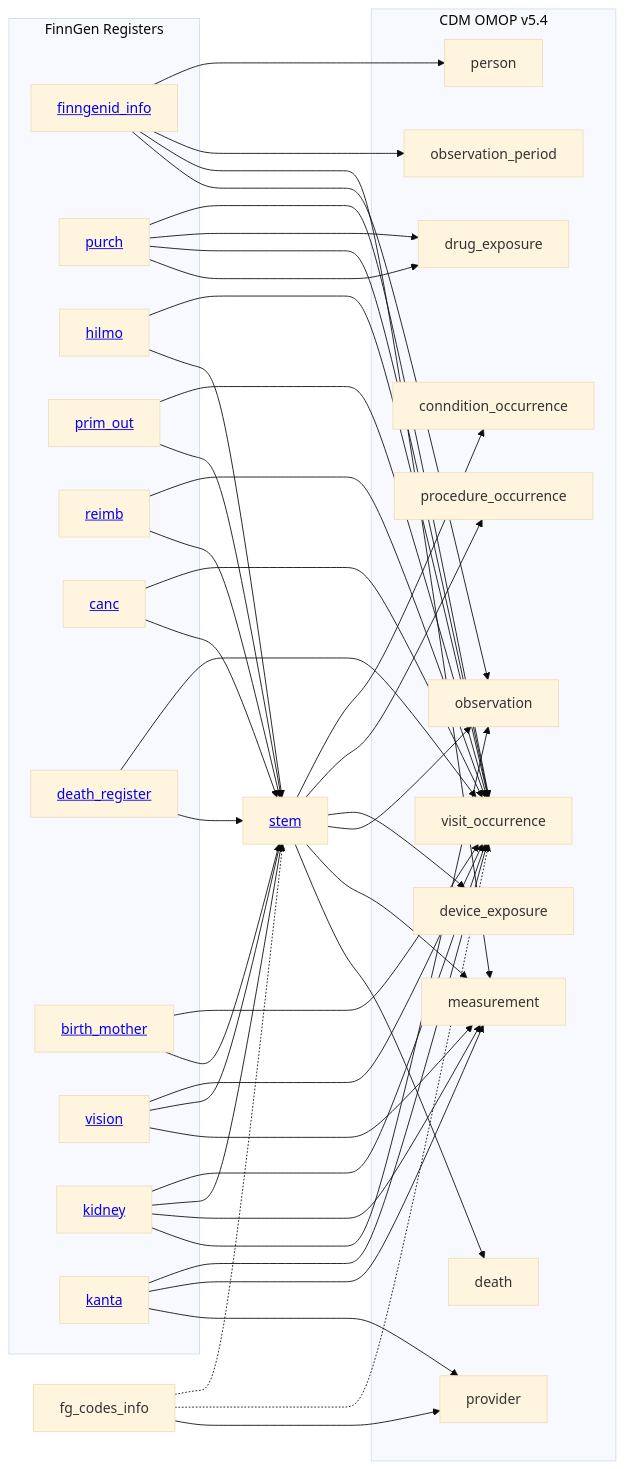
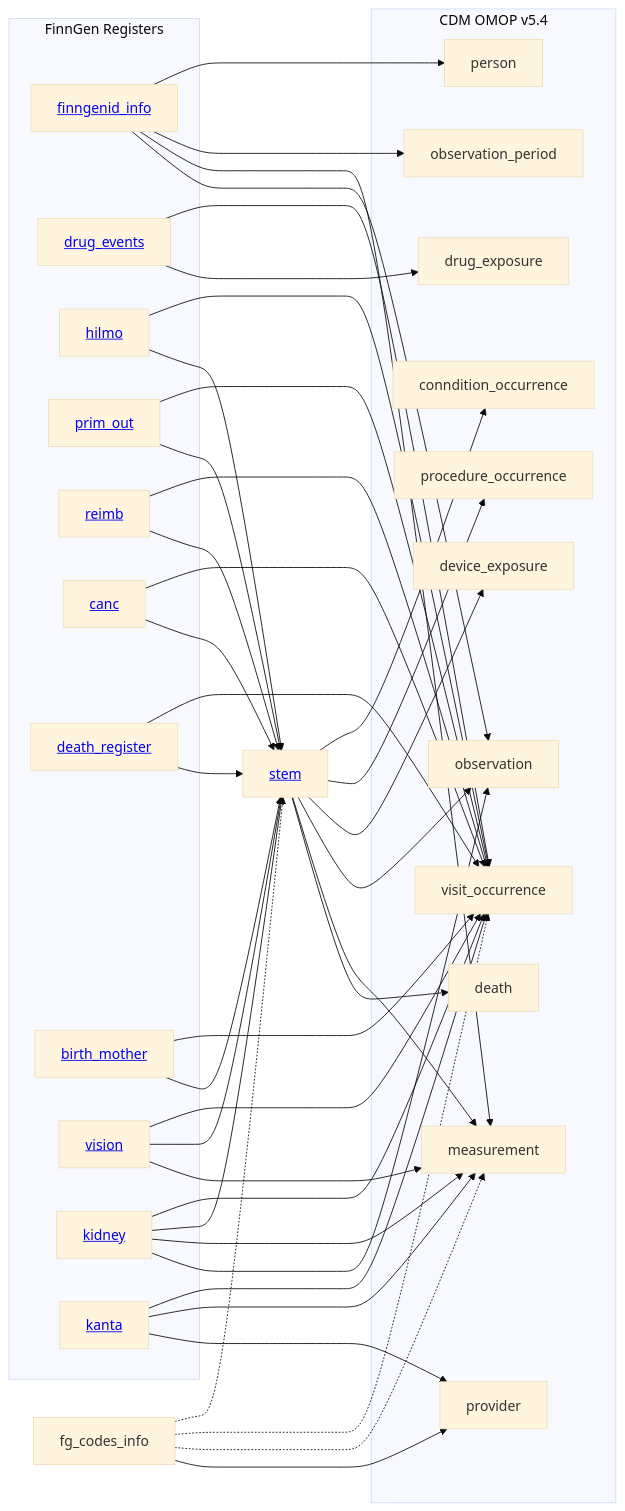
The diagram in 2_etl_specifications/documentation/home.md (FINNGEN/ETL), drawn with Mermaid before and after one commit. The commit also changed other lines of this file and 11 other files, not shown here.

````diff
--- a/2_etl_specifications/documentation/home.md
+++ b/2_etl_specifications/documentation/home.md
@@ -22,7 +22,7 @@
 flowchart LR
     subgraph FinnGen Registers
         finngenid_info[<a href='finngenid_info.html'>finngenid_info</a>]
-        purch[<a href='purch.html'>purch</a>]
+        drug_events[<a href='drug_events.html'>drug_events</a>]
         hilmo[<a href='hilmo.html'>hilmo</a>]
         prim_out[<a href='prim_out.html'>prim_out</a>]
         reimb[<a href='reimb.html'>reimb</a>]
@@ -56,9 +56,6 @@
     finngenid_info --> measurement
     finngenid_info --> observation
 
-    purch --> visit_occurrence
-    purch --> drug_exposure
-
     hilmo --> visit_occurrence
     hilmo --> stem
 
@@ -81,8 +78,8 @@
     vision --> stem
     vision --> measurement
 
-    purch --> visit_occurrence
-    purch --> drug_exposure
+    drug_events --> visit_occurrence
+    drug_events --> drug_exposure
 
     kidney --> visit_occurrence
     kidney --> stem
@@ -102,6 +99,7 @@
 
     fg_codes_info -.-> stem 
     fg_codes_info -.-> visit_occurrence 
+    fg_codes_info -.-> measurement
     fg_codes_info --> provider
     
 ```
````
